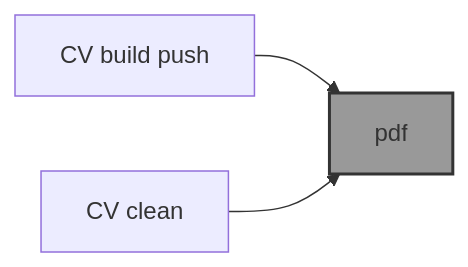
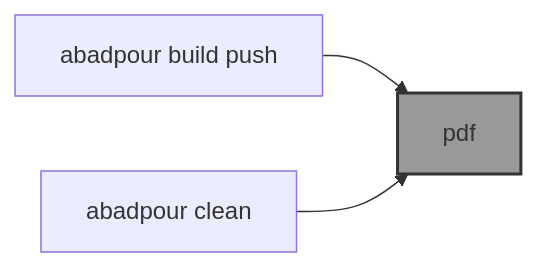
Before and after one commit to kamangir/CV: the diagram in README.md, drawn with Mermaid. The commit also changed other lines of this file and 4 other files, not shown here.

````diff
--- a/README.md
+++ b/README.md
@@ -9,11 +9,11 @@
 ```mermaid
 graph LR
-    build["CV build push"]
-    clean["CV clean"]
-    CV["pdf"]:::folder
+    build["abadpour build push"]
+    clean["abadpour clean"]
+    pdf["pdf"]:::folder
 
-    build --> CV
-    clean --> CV
+    build --> pdf
+    clean --> pdf
 
     classDef folder fill:#999,stroke:#333,stroke-width:2px;
 ```
````
